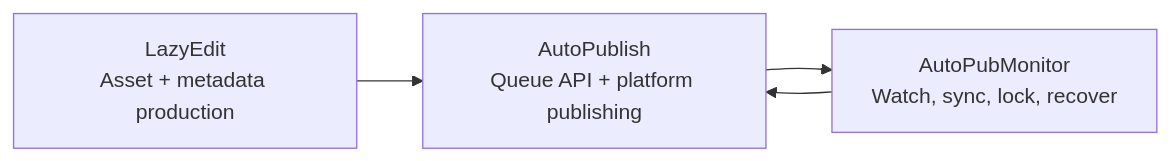
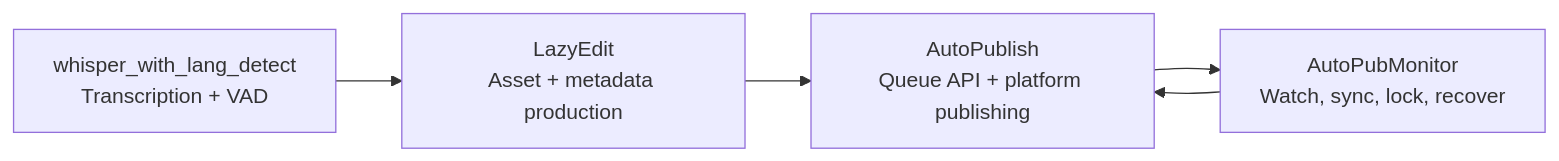
Before and after one commit to lachlanchen/AutoPublication: the diagram in README.md, drawn with Mermaid. The commit also changed other lines of this file and 1 other file, not shown here.

Commit message:
add whisper transcription submodule

````diff
--- a/README.md
+++ b/README.md
@@ -94,6 +98,7 @@
 ```mermaid
 flowchart LR
-    A[LazyEdit\nAsset + metadata production] --> B[AutoPublish\nQueue API + platform publishing]
+    T[whisper_with_lang_detect\nTranscription + VAD] --> A[LazyEdit\nAsset + metadata production]
+    A --> B[AutoPublish\nQueue API + platform publishing]
     B --> C[AutoPubMonitor\nWatch, sync, lock, recover]
     C --> B
 ```
````
